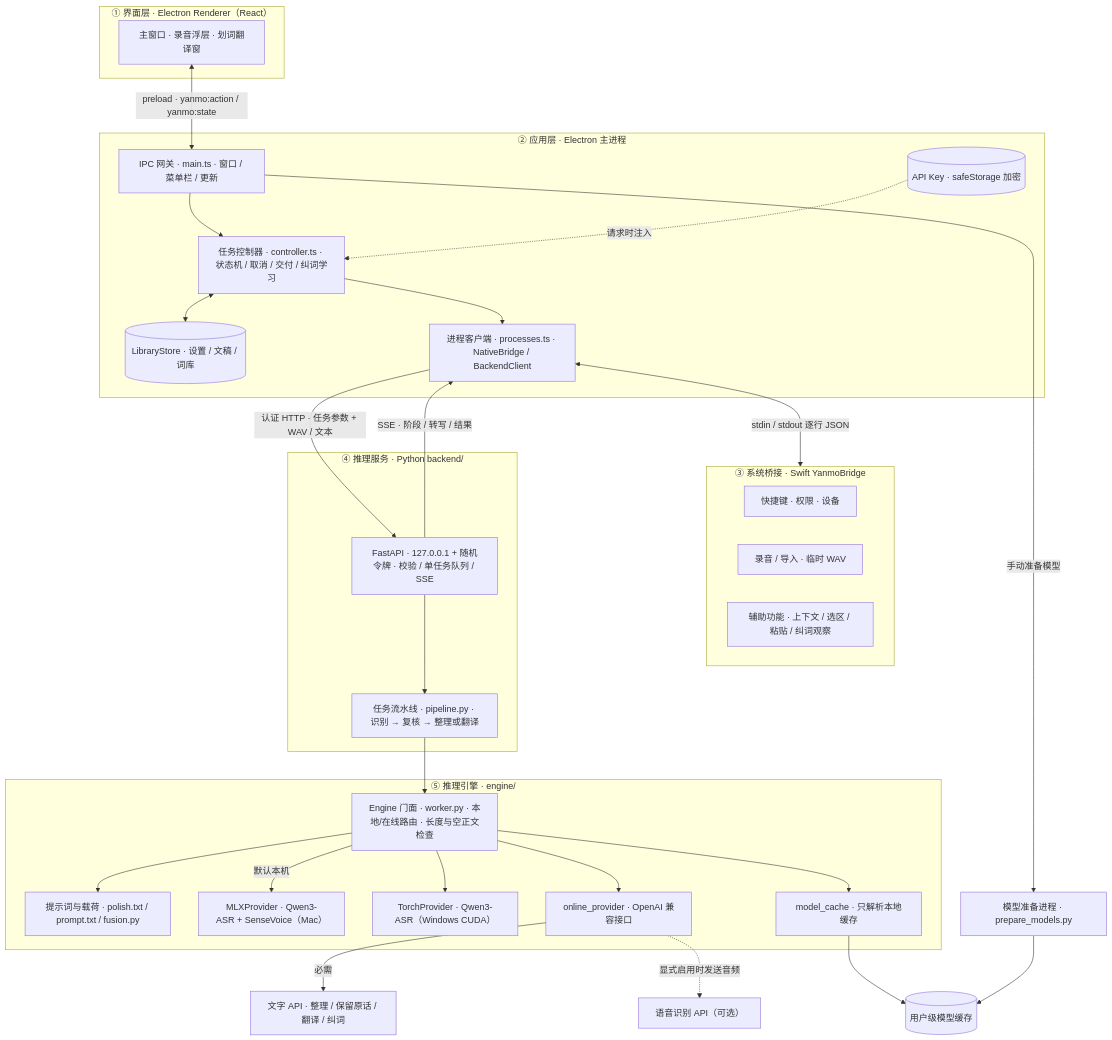
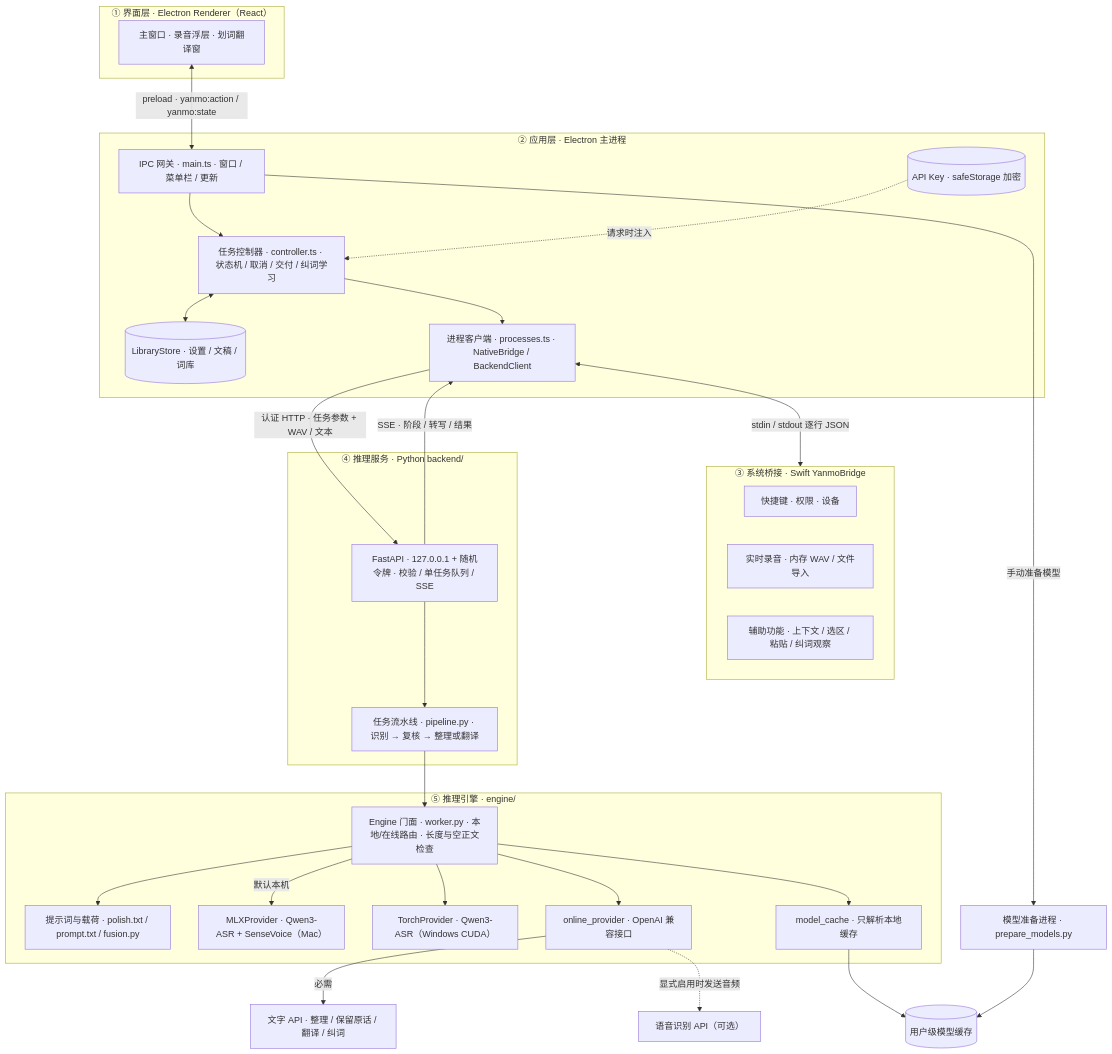
The diagram in README.md (Happenmass/Yanmo), drawn with Mermaid before and after one commit. The commit also changed other lines of this file and 17 other files, not shown here.

````diff
--- a/README.md
+++ b/README.md
@@ -54,58 +54,58 @@
 ```mermaid
 flowchart TB
     subgraph UI["① 界面层 · Electron Renderer（React）"]
         Views["主窗口 · 录音浮层 · 划词翻译窗"]
     end
 
     subgraph APP["② 应用层 · Electron 主进程"]
         IPC["IPC 网关 · main.ts · 窗口 / 菜单栏 / 更新"]
         Ctl["任务控制器 · controller.ts · 状态机 / 取消 / 交付 / 纠词学习"]
         Store[("LibraryStore · 设置 / 文稿 / 词库")]
         Keys[("API Key · safeStorage 加密")]
         Clients["进程客户端 · processes.ts · NativeBridge / BackendClient"]
     end
 
     subgraph OS["③ 系统桥接 · Swift YanmoBridge"]
         Hot["快捷键 · 权限 · 设备"]
-        Rec["录音 / 导入 · 临时 WAV"]
+        Rec["实时录音 · 内存 WAV / 文件导入"]
         AX["辅助功能 · 上下文 / 选区 / 粘贴 / 纠词观察"]
     end
 
     subgraph SVC["④ 推理服务 · Python backend/"]
         API["FastAPI · 127.0.0.1 + 随机令牌 · 校验 / 单任务队列 / SSE"]
         Pipe["任务流水线 · pipeline.py · 识别 → 复核 → 整理或翻译"]
     end
 
     subgraph ENG["⑤ 推理引擎 · engine/"]
         Engine["Engine 门面 · worker.py · 本地/在线路由 · 长度与空正文检查"]
         Prompt["提示词与载荷 · polish.txt / prompt.txt / fusion.py"]
         MLX["MLXProvider · Qwen3-ASR + SenseVoice（Mac）"]
         Torch["TorchProvider · Qwen3-ASR（Windows CUDA）"]
         Online["online_provider · OpenAI 兼容接口"]
         Cache["model_cache · 只解析本地缓存"]
     end
 
     Models[("用户级模型缓存")]
     Prep["模型准备进程 · prepare_models.py"]
     TextAPI["文字 API · 整理 / 保留原话 / 翻译 / 纠词"]
     ASRAPI["语音识别 API（可选）"]
 
     Views <-->|"preload · yanmo:action / yanmo:state"| IPC
     IPC --> Ctl
     Ctl <--> Store
     Keys -.->|"请求时注入"| Ctl
     Ctl --> Clients
     Clients <-->|"stdin / stdout 逐行 JSON"| OS
     Clients -->|"认证 HTTP · 任务参数 + WAV / 文本"| API
     API -->|"SSE · 阶段 / 转写 / 结果"| Clients
     API --> Pipe --> Engine
     Engine --> Prompt
     Engine -->|"默认本机"| MLX
     Engine --> Torch
     Engine --> Online
     Engine --> Cache
     Cache --> Models
     Online -->|"必需"| TextAPI
     Online -. "显式启用时发送音频" .-> ASRAPI
     IPC -->|"手动准备模型"| Prep --> Models
 ```
````
